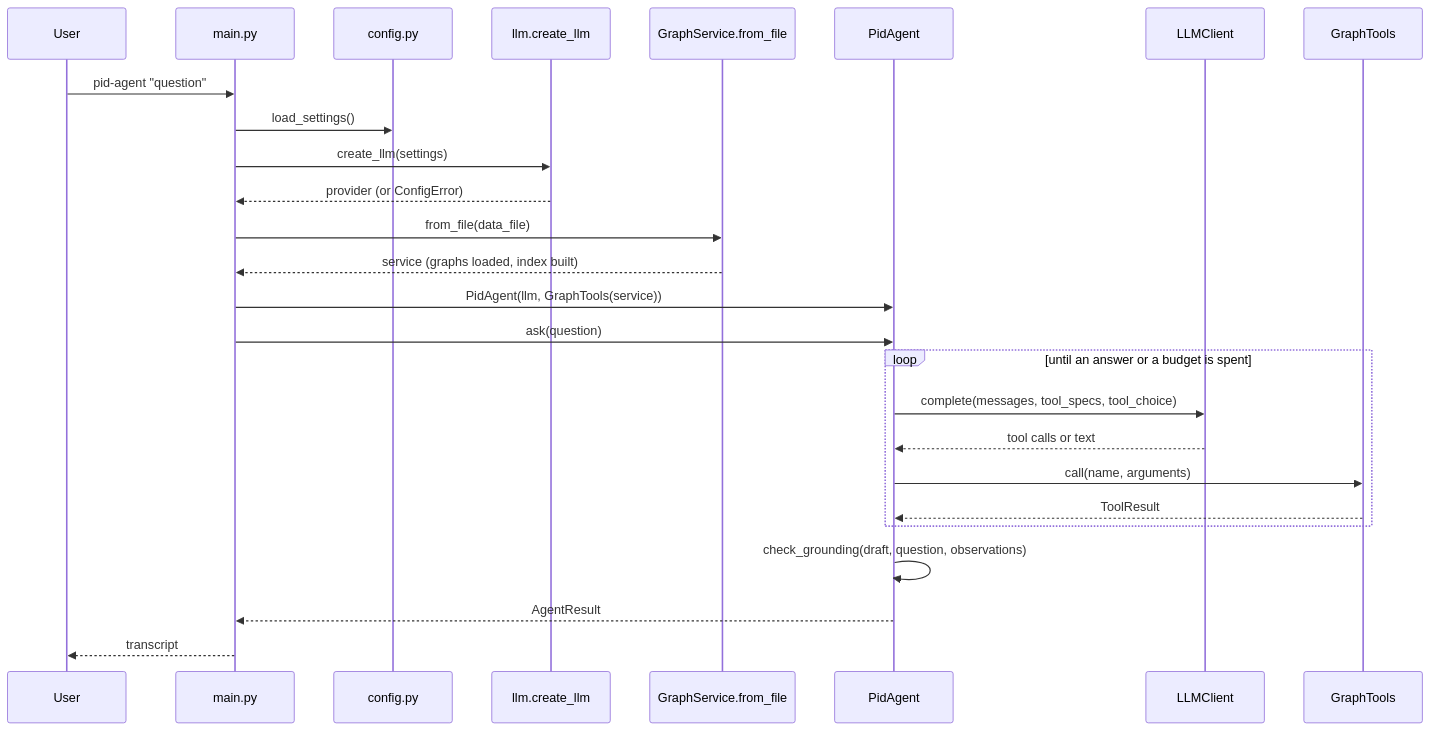
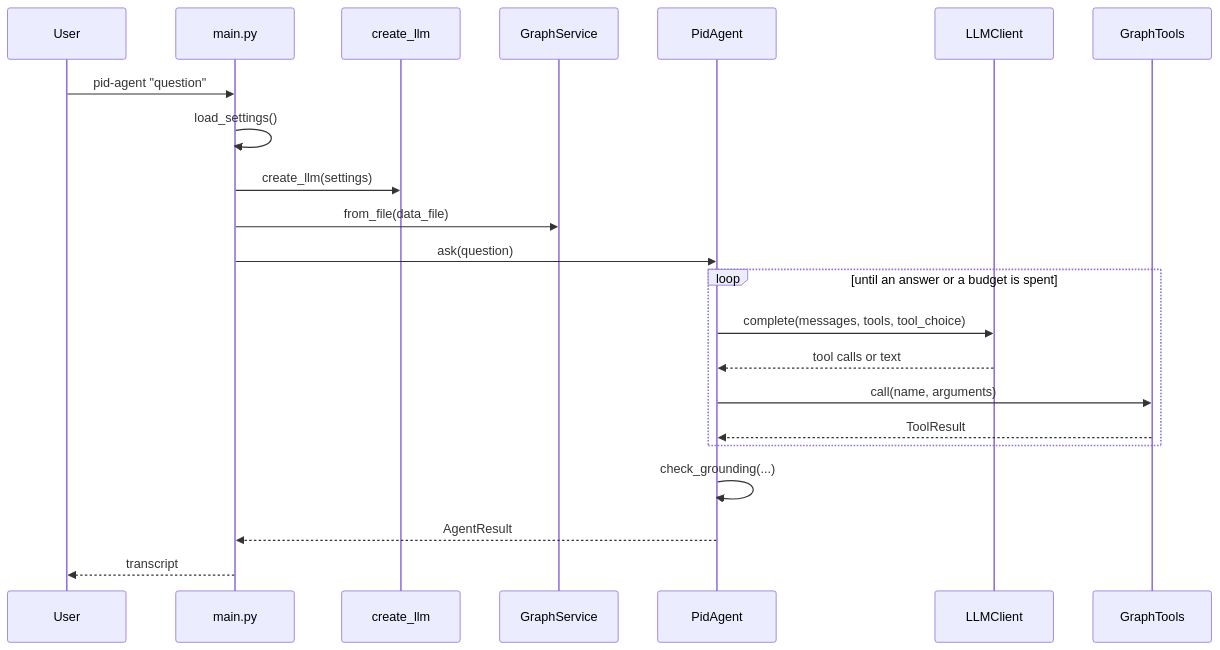
The fourth of 8 diagrams in docs/ARCHITECTURE_DEEP_DIVE.md (shaaz1000/pid-graph-agent), drawn with Mermaid before and after one commit. The commit also changed other lines of this file, not shown here.

Commit message:
docs: improve architecture deep dive usability

````diff
--- a/docs/ARCHITECTURE_DEEP_DIVE.md
+++ b/docs/ARCHITECTURE_DEEP_DIVE.md
@@ -200,28 +368,24 @@
 ```mermaid
 sequenceDiagram
     participant U as User
     participant M as main.py
-    participant C as config.py
-    participant F as llm.create_llm
-    participant S as GraphService.from_file
+    participant F as create_llm
+    participant S as GraphService
     participant A as PidAgent
     participant L as LLMClient
     participant T as GraphTools
     U->>M: pid-agent "question"
-    M->>C: load_settings()
+    M->>M: load_settings()
     M->>F: create_llm(settings)
-    F-->>M: provider (or ConfigError)
     M->>S: from_file(data_file)
-    S-->>M: service (graphs loaded, index built)
-    M->>A: PidAgent(llm, GraphTools(service))
     M->>A: ask(question)
     loop until an answer or a budget is spent
-        A->>L: complete(messages, tool_specs, tool_choice)
+        A->>L: complete(messages, tools, tool_choice)
         L-->>A: tool calls or text
         A->>T: call(name, arguments)
         T-->>A: ToolResult
     end
-    A->>A: check_grounding(draft, question, observations)
+    A->>A: check_grounding(...)
     A-->>M: AgentResult
     M-->>U: transcript
 ```
````
